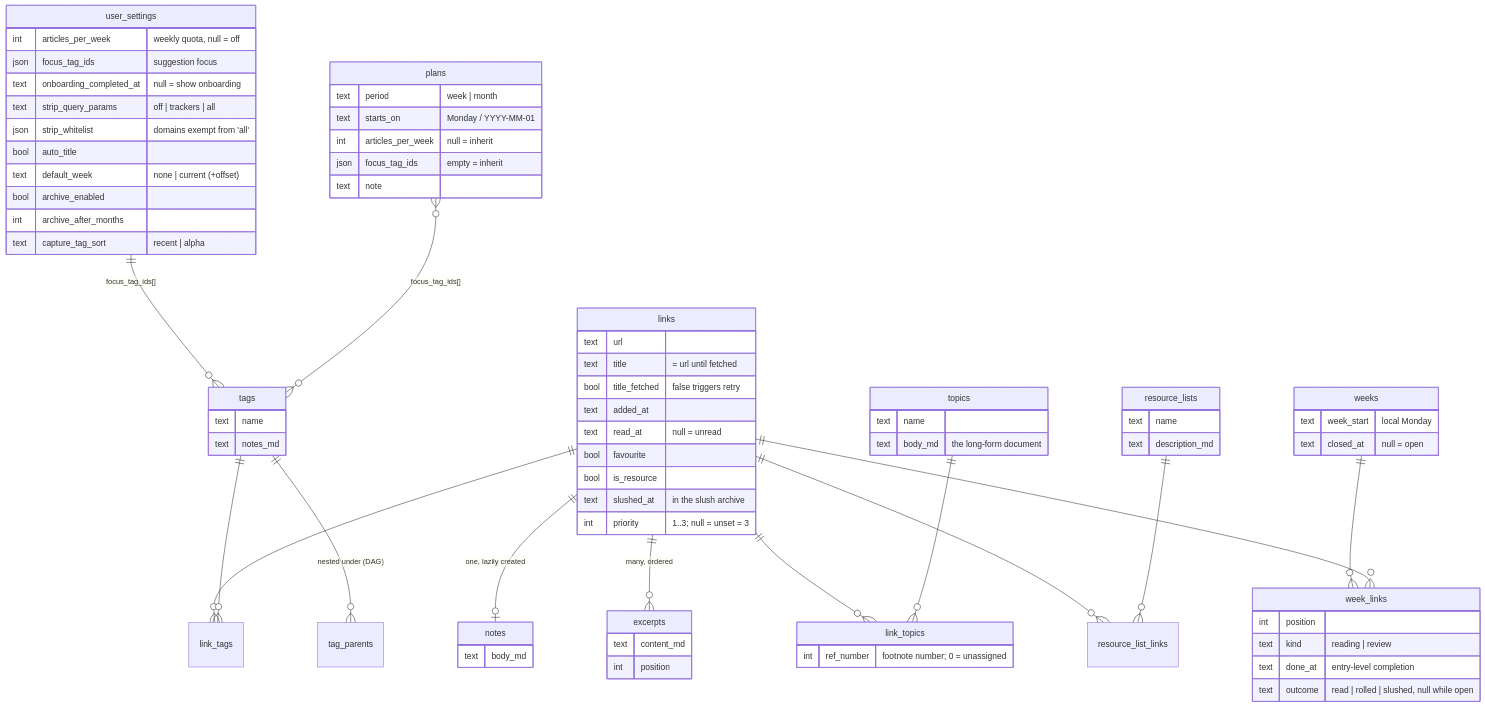
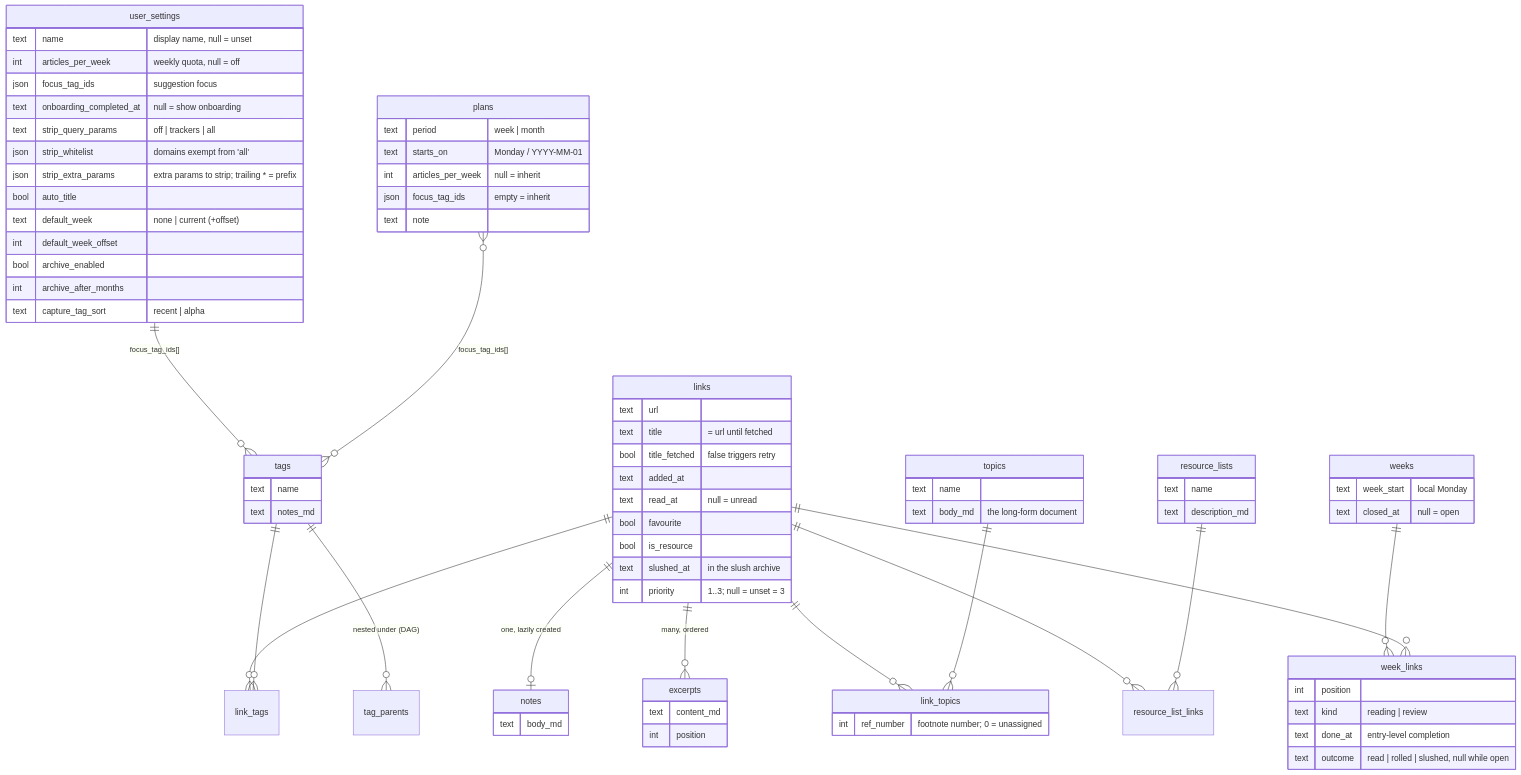
Before and after one commit to Kieran-s-Artisnal-Slop-Factory/readerr: the first of 2 diagrams in docs/dev/data-model.md, drawn with Mermaid. The commit also changed other lines of this file and 47 other files, not shown here.

````diff
--- a/docs/dev/data-model.md
+++ b/docs/dev/data-model.md
@@ -38,65 +45,68 @@
 ```mermaid
 erDiagram
     user_settings ||--o{ tags : "focus_tag_ids[]"
     plans }o--o{ tags : "focus_tag_ids[]"
     links ||--o| notes : "one, lazily created"
     links ||--o{ excerpts : "many, ordered"
     links ||--o{ link_tags : ""
     tags  ||--o{ link_tags : ""
     tags  ||--o{ tag_parents : "nested under (DAG)"
     links ||--o{ link_topics : ""
     topics ||--o{ link_topics : ""
     links ||--o{ resource_list_links : ""
     resource_lists ||--o{ resource_list_links : ""
     weeks ||--o{ week_links : ""
     links ||--o{ week_links : ""
 
     user_settings {
+        text name "display name, null = unset"
         int articles_per_week "weekly quota, null = off"
         json focus_tag_ids "suggestion focus"
         text onboarding_completed_at "null = show onboarding"
         text strip_query_params "off | trackers | all"
         json strip_whitelist "domains exempt from 'all'"
+        json strip_extra_params "extra params to strip; trailing * = prefix"
         bool auto_title
         text default_week "none | current (+offset)"
+        int default_week_offset
         bool archive_enabled
         int archive_after_months
         text capture_tag_sort "recent | alpha"
     }
     plans {
         text period "week | month"
         text starts_on "Monday / YYYY-MM-01"
         int articles_per_week "null = inherit"
         json focus_tag_ids "empty = inherit"
         text note
     }
     links {
         text url
         text title "= url until fetched"
         bool title_fetched "false triggers retry"
         text added_at
         text read_at "null = unread"
         bool favourite
         bool is_resource
         text slushed_at "in the slush archive"
         int priority "1..3; null = unset = 3"
     }
     notes { text body_md }
     excerpts { text content_md
                int position }
     tags { text name
            text notes_md }
     topics { text name
              text body_md "the long-form document" }
     link_topics { int ref_number "footnote number; 0 = unassigned" }
     resource_lists { text name
                      text description_md }
     weeks { text week_start "local Monday"
             text closed_at "null = open" }
     week_links {
         int position
         text kind "reading | review"
         text done_at "entry-level completion"
         text outcome "read | rolled | slushed, null while open"
     }
 ```
````
